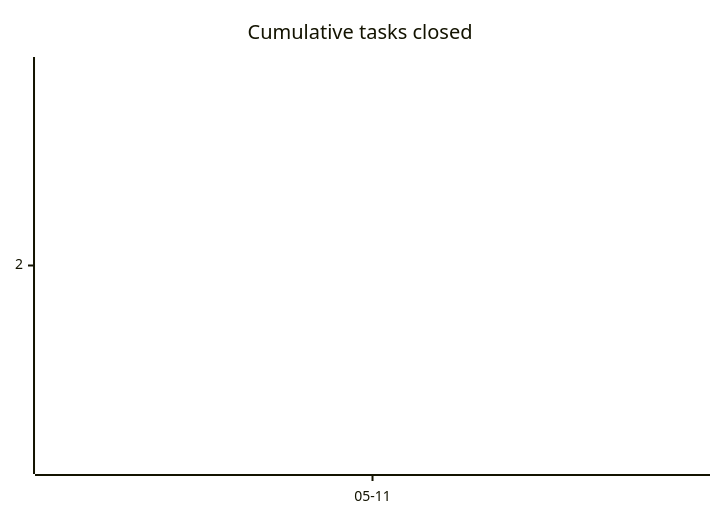
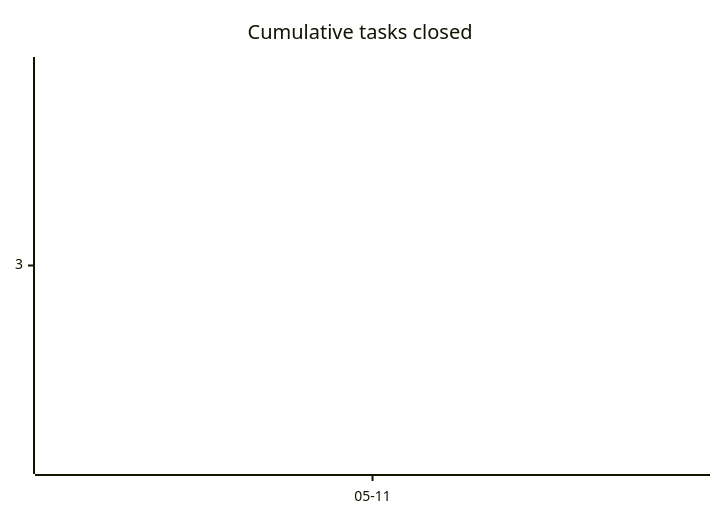
The first of 3 diagrams in docs/developers/tasks/OVERVIEW.md (tgd1975/AwesomeGuitarPedal), drawn with Mermaid before and after one commit. The commit also changed other lines of this file and 6 other files, not shown here.

````diff
--- a/docs/developers/tasks/OVERVIEW.md
+++ b/docs/developers/tasks/OVERVIEW.md
@@ -22,6 +22,6 @@
 ```mermaid
 xychart-beta
     title "Cumulative tasks closed"
     x-axis ["05-11"]
-    line [2]
+    line [3]
 ```
````
